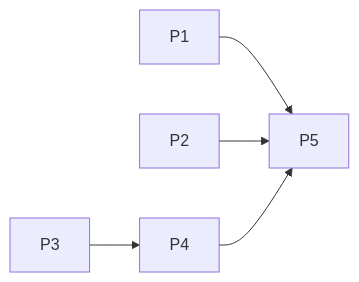
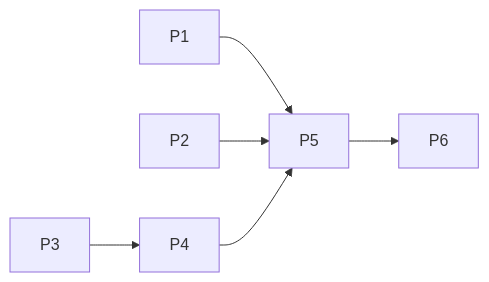
Before and after one commit to VoMinhKhoii/mlai-car-access: the diagram in plans/261014-1225-demo-wow-features/plan.md, drawn with Mermaid. The commit also changed other lines of this file and 33 other files, not shown here.

````diff
--- a/plans/261014-1225-demo-wow-features/plan.md
+++ b/plans/261014-1225-demo-wow-features/plan.md
@@ -43,6 +45,7 @@
 ```mermaid
 flowchart LR
     P1 --> P5
     P2 --> P5
     P3 --> P4 --> P5
+    P5 --> P6
 ```
````
